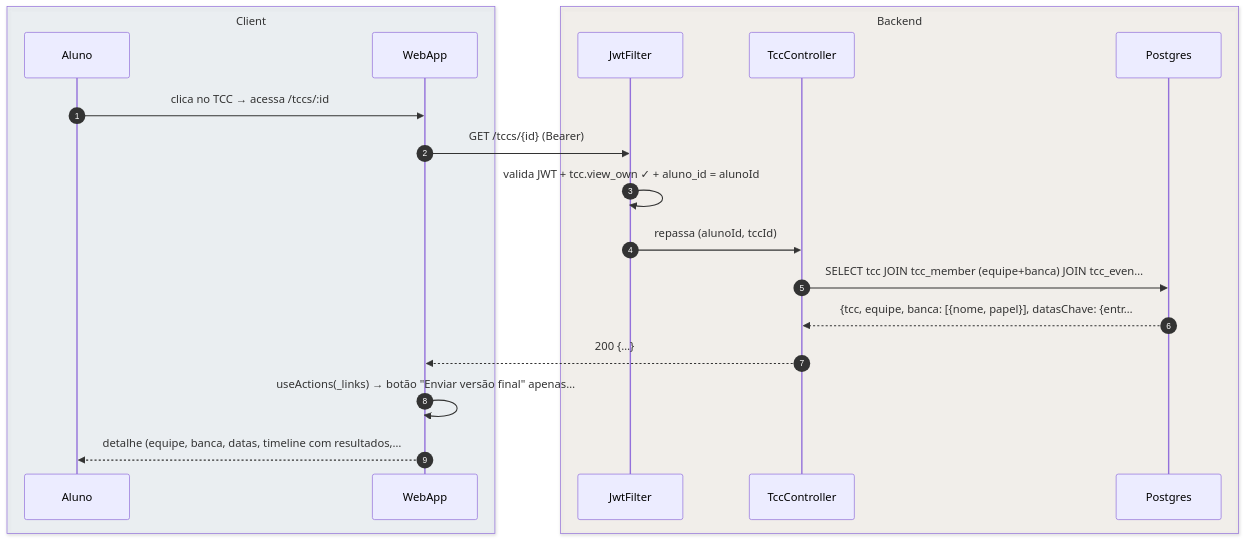
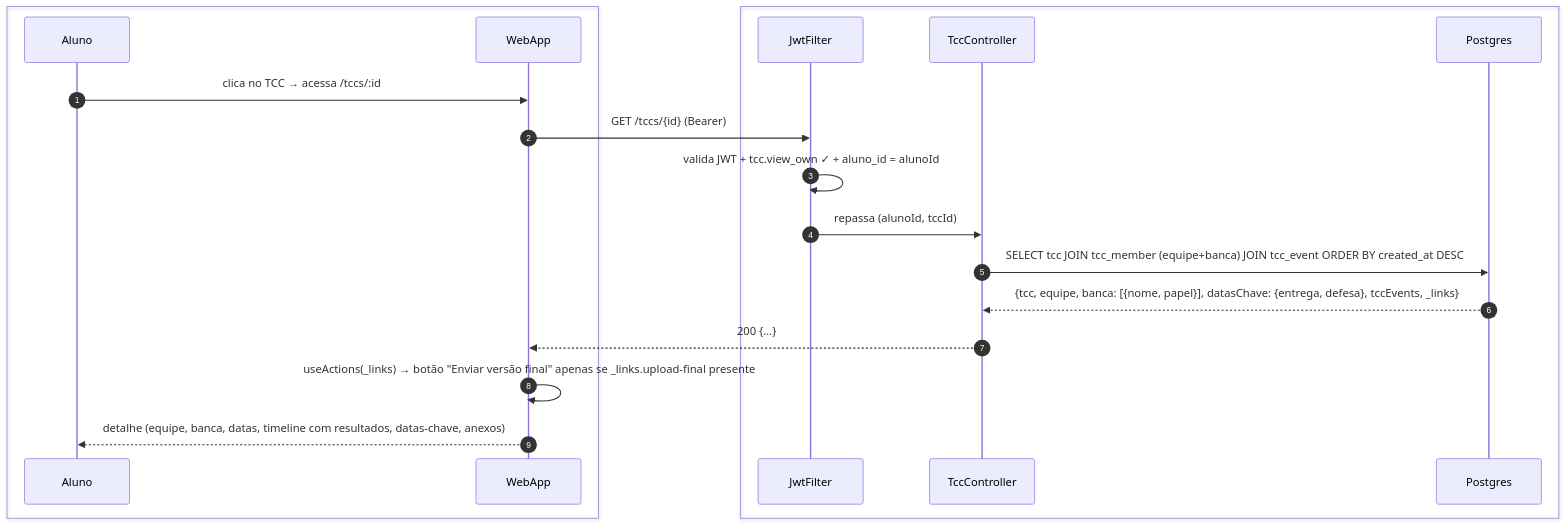
Before and after one commit to umishell/secretariaOnline2: the second of 3 diagrams in foundationDocs/sequenceDiagrams/F1 — Aluno/US-F1-008-TCC.md, drawn with Mermaid. The commit also changed other lines of this file and 70 other files, not shown here.

First line of the commit message:
Enhance database documentation and introduce new schema files

````diff
--- a/foundationDocs/sequenceDiagrams/F1 — Aluno/US-F1-008-TCC.md
+++ b/foundationDocs/sequenceDiagrams/F1 — Aluno/US-F1-008-TCC.md
@@ -86,23 +86,23 @@
 ```mermaid
 sequenceDiagram
     autonumber
-    box rgba(230,245,255,0.3) Client
+    box #e8f4fc Cliente
         participant Aluno
         participant WebApp
     end
-    box rgba(255,245,230,0.3) Backend
+    box #fff8ee Servidor
         participant JwtFilter
         participant TccController
         participant Postgres
     end
 
     Aluno->>WebApp: clica no TCC → acessa /tccs/:id
     WebApp->>JwtFilter: GET /tccs/{id} (Bearer)
     JwtFilter->>JwtFilter: valida JWT + tcc.view_own ✓ + aluno_id = alunoId
     JwtFilter->>TccController: repassa (alunoId, tccId)
-    TccController->>Postgres: SELECT tcc JOIN tcc_member (equipe+banca) JOIN tcc_even…
-    Postgres-->>TccController: {tcc, equipe, banca: [{nome, papel}], datasChave: {entr…
+    TccController->>Postgres: SELECT tcc JOIN tcc_member (equipe+banca) JOIN tcc_event ORDER BY created_at DESC
+    Postgres-->>TccController: {tcc, equipe, banca: [{nome, papel}], datasChave: {entrega, defesa}, tccEvents, _links}
     TccController-->>WebApp: 200 {…}
-    WebApp->>WebApp: useActions(_links) → botão "Enviar versão final" apenas…
-    WebApp-->>Aluno: detalhe (equipe, banca, datas, timeline com resultados,…
+    WebApp->>WebApp: useActions(_links) → botão "Enviar versão final" apenas se _links.upload-final presente
+    WebApp-->>Aluno: detalhe (equipe, banca, datas, timeline com resultados, datas-chave, anexos)
 ```
````
